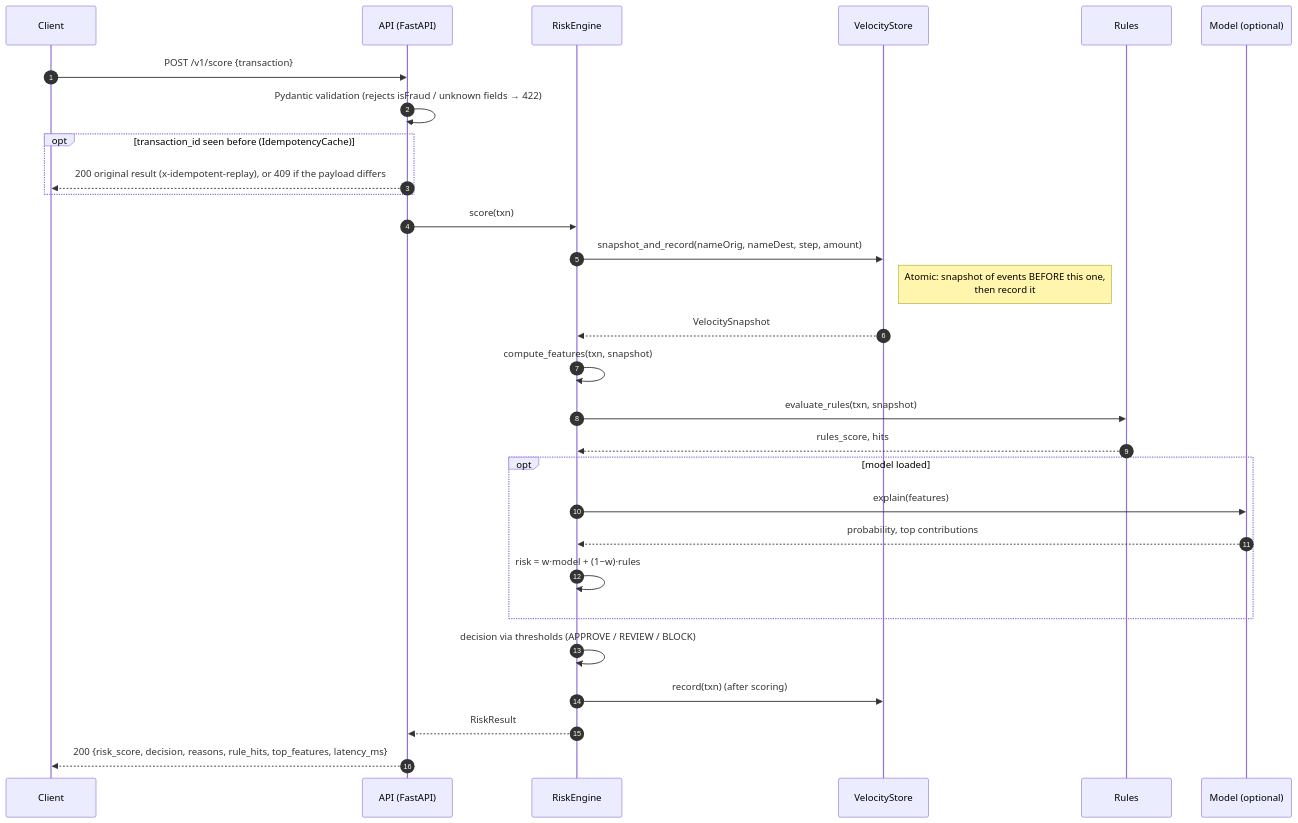
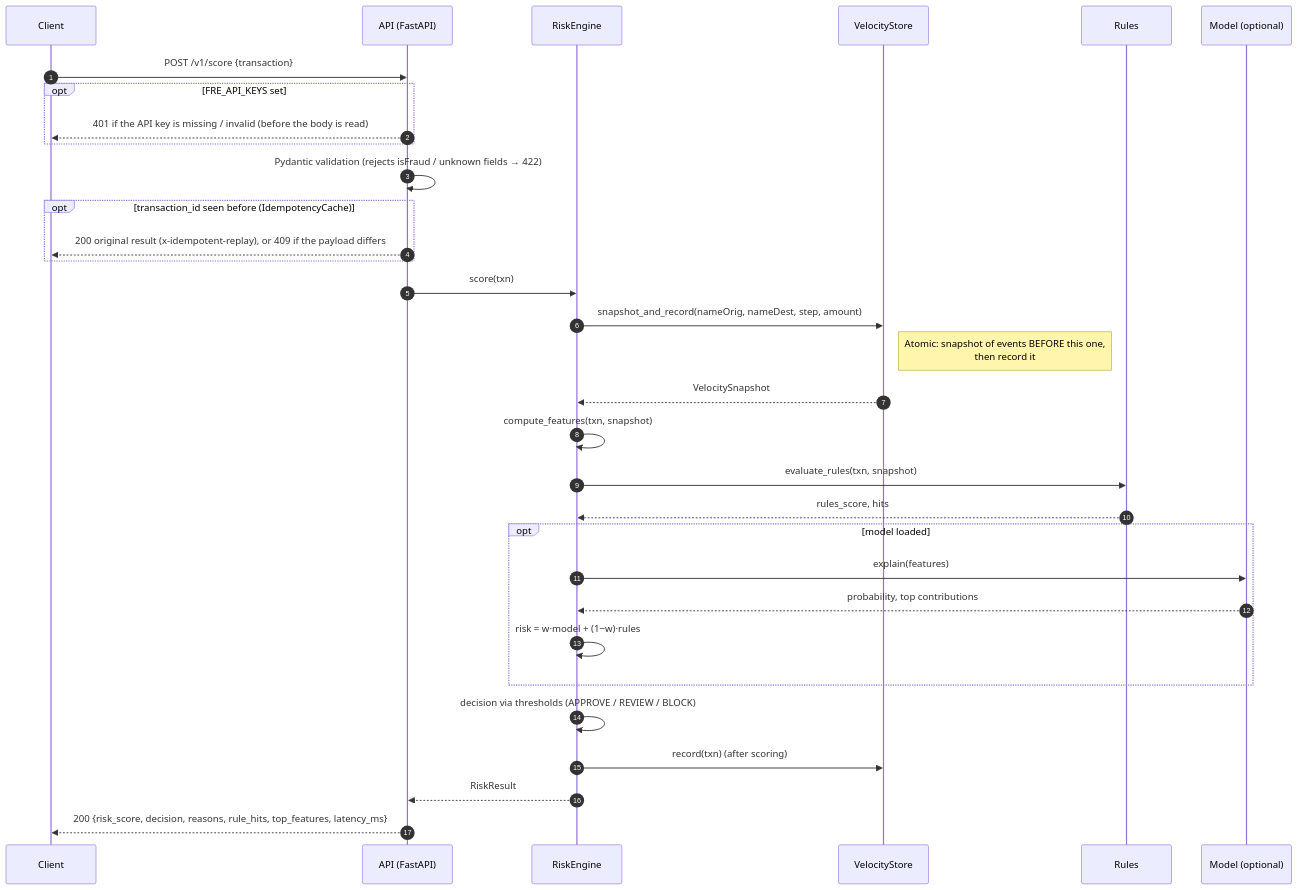
One commit to Csaf111/realtime-fraud-risk-engine changed the second of 5 diagrams in docs/architecture.md. Above: the diagram before and after it, drawn with Mermaid. The commit also changed 10 other files, not shown here.

First line of the commit message:
feat(auth): optional API-key auth before body parsing, separate label scope

````diff
--- a/docs/architecture.md
+++ b/docs/architecture.md
@@ -21,32 +21,35 @@
 ```mermaid
 sequenceDiagram
     autonumber
     participant C as Client
     participant A as API (FastAPI)
     participant E as RiskEngine
     participant S as VelocityStore
     participant R as Rules
     participant M as Model (optional)
 
     C->>A: POST /v1/score {transaction}
+    opt FRE_API_KEYS set
+        A-->>C: 401 if the API key is missing / invalid (before the body is read)
+    end
     A->>A: Pydantic validation (rejects isFraud / unknown fields → 422)
     opt transaction_id seen before (IdempotencyCache)
         A-->>C: 200 original result (x-idempotent-replay), or 409 if the payload differs
     end
     A->>E: score(txn)
     E->>S: snapshot_and_record(nameOrig, nameDest, step, amount)
     Note right of S: Atomic: snapshot of events BEFORE this one,<br/>then record it
     S-->>E: VelocitySnapshot
     E->>E: compute_features(txn, snapshot)
     E->>R: evaluate_rules(txn, snapshot)
     R-->>E: rules_score, hits
     opt model loaded
         E->>M: explain(features)
         M-->>E: probability, top contributions
         E->>E: risk = w·model + (1−w)·rules
     end
     E->>E: decision via thresholds (APPROVE / REVIEW / BLOCK)
     E->>S: record(txn)  (after scoring)
     E-->>A: RiskResult
     A-->>C: 200 {risk_score, decision, reasons, rule_hits, top_features, latency_ms}
 ```
````
